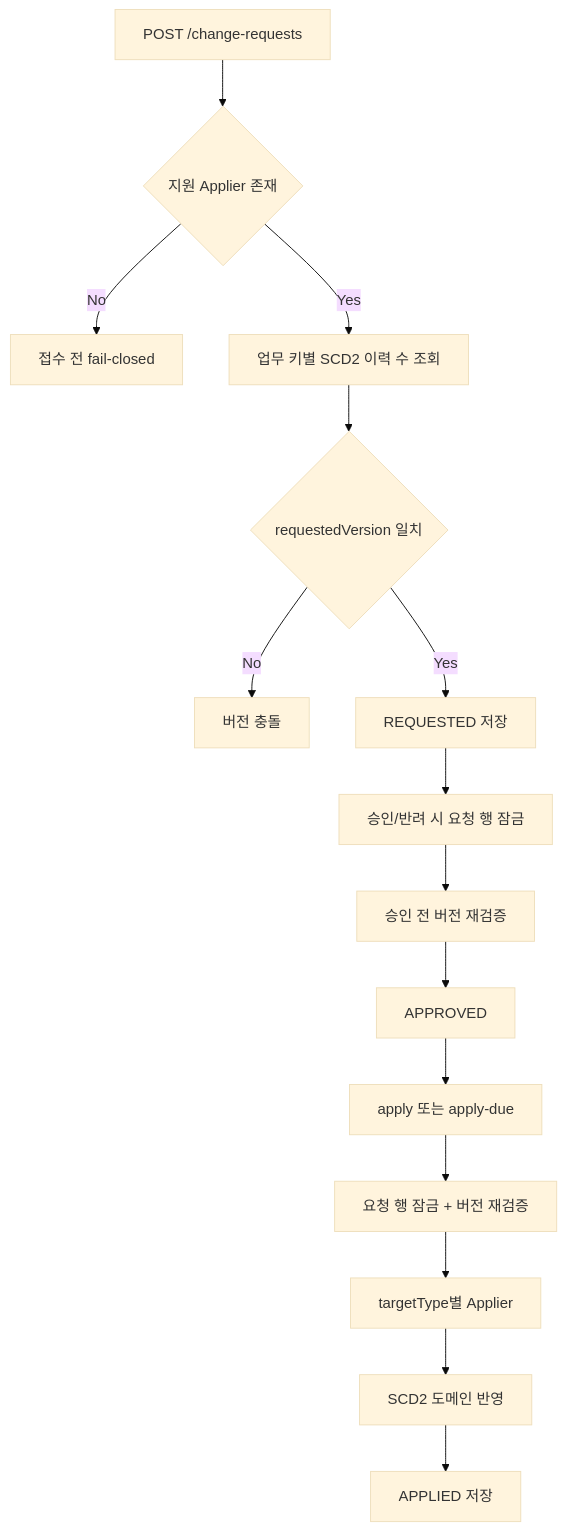
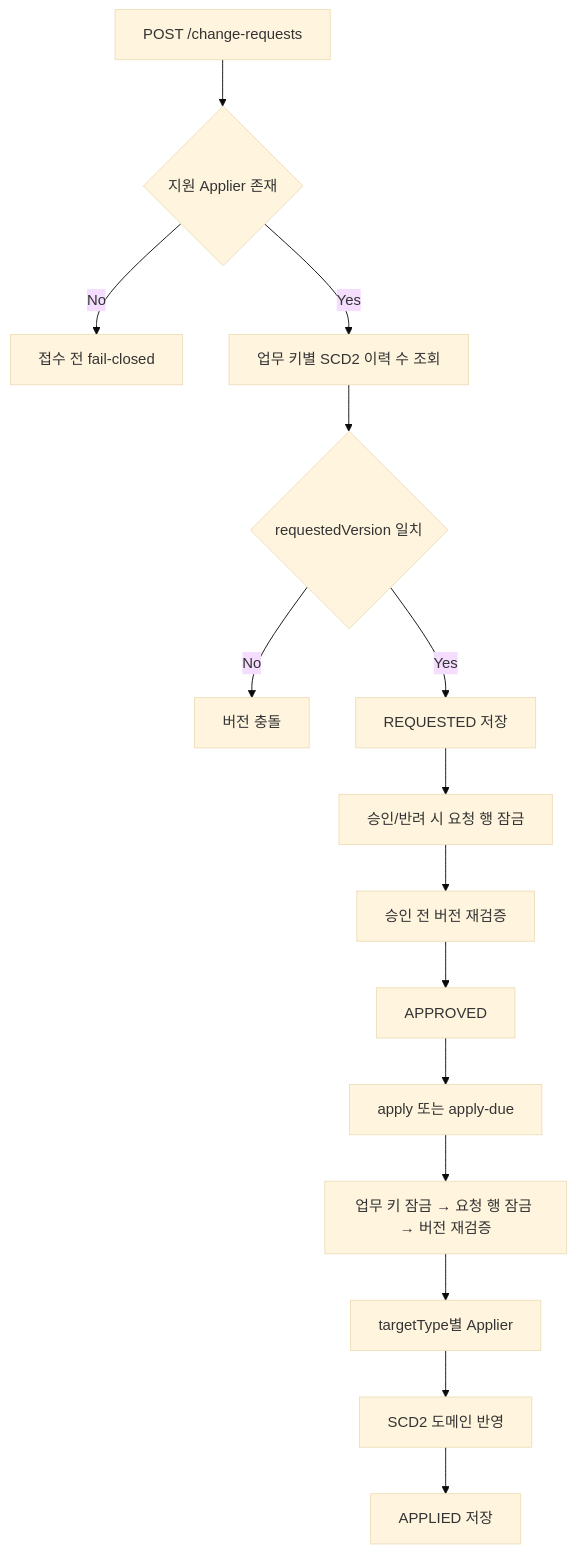
Before and after one commit to skyg547/account: the second of 5 diagrams in master-data/docs/process-flow.md, drawn with Mermaid (base theme). The commit also changed other lines of this file and 48 other files, not shown here.

````diff
--- a/master-data/docs/process-flow.md
+++ b/master-data/docs/process-flow.md
@@ -52,17 +53,17 @@
 ```mermaid
 flowchart TD
     A[POST /change-requests] --> B{지원 Applier 존재}
     B -->|No| X[접수 전 fail-closed]
     B -->|Yes| C[업무 키별 SCD2 이력 수 조회]
     C --> D{requestedVersion 일치}
     D -->|No| Y[버전 충돌]
     D -->|Yes| E[REQUESTED 저장]
     E --> F[승인/반려 시 요청 행 잠금]
     F --> G[승인 전 버전 재검증]
     G --> H[APPROVED]
     H --> I[apply 또는 apply-due]
-    I --> J[요청 행 잠금 + 버전 재검증]
+    I --> J[업무 키 잠금 → 요청 행 잠금 → 버전 재검증]
     J --> K[targetType별 Applier]
     K --> L[SCD2 도메인 반영]
     L --> M[APPLIED 저장]
 ```
````
